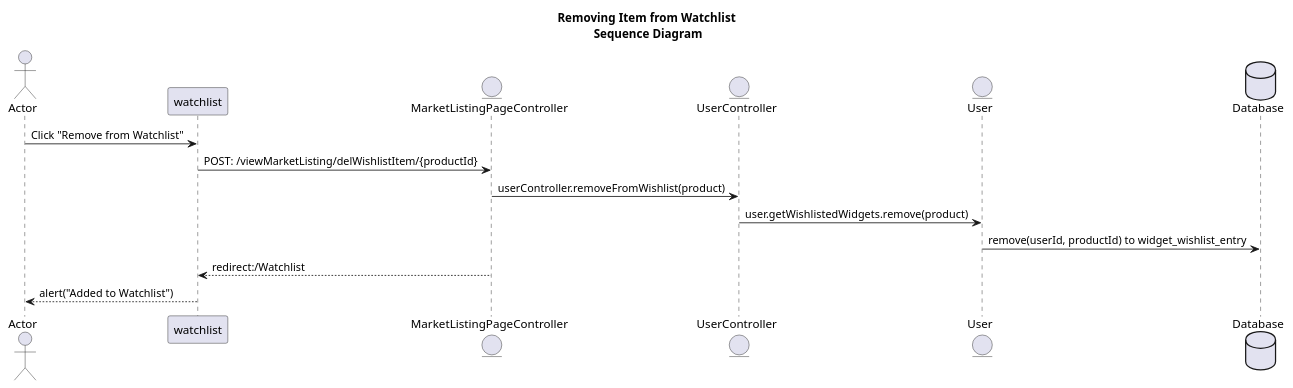
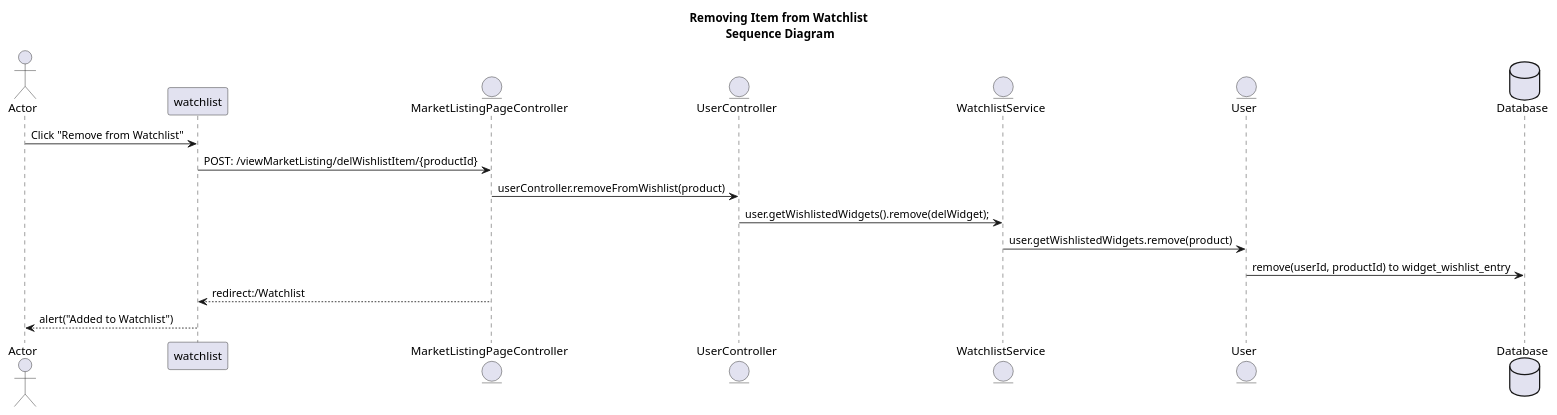
The diagram in OnlineAuction/Documents/UML Diagrams/Watchlist/RemoveFromWatchlistSequenceDiagram.puml (lukemcelligott/Offerly), drawn with PlantUML before and after one commit. The commit also changed 1 other file, not shown here.

Commit message:
74 - updated watchlist puml files

```diff
--- a/OnlineAuction/Documents/UML Diagrams/Watchlist/RemoveFromWatchlistSequenceDiagram.puml
+++ b/OnlineAuction/Documents/UML Diagrams/Watchlist/RemoveFromWatchlistSequenceDiagram.puml
@@ -1,19 +1,21 @@
 @startuml
 title     Removing Item from Watchlist \nSequence Diagram
 
 actor          Actor                            as actor
 participant    watchlist                        as watchlist
 entity         MarketListingPageController      as marketListController
 entity         UserController                   as userController
+entity         WatchlistService                 as watchlistService
 entity         User                             as user
 database       Database                         as database
 
 actor                  ->     watchlist               : Click "Remove from Watchlist"
 watchlist              ->     marketListController    : POST: /viewMarketListing/delWishlistItem/{productId}
 marketListController   ->     userController          : userController.removeFromWishlist(product)
-userController         ->     user                    : user.getWishlistedWidgets.remove(product)
+userController         ->     watchlistService        : user.getWishlistedWidgets().remove(delWidget);
+watchlistService       ->     user                    : user.getWishlistedWidgets.remove(product)
 user                   ->     database                : remove(userId, productId) to widget_wishlist_entry
 marketListController   -->    watchlist               : redirect:/Watchlist
 watchlist              -->    actor                   : alert("Added to Watchlist")
 
 @enduml
```
